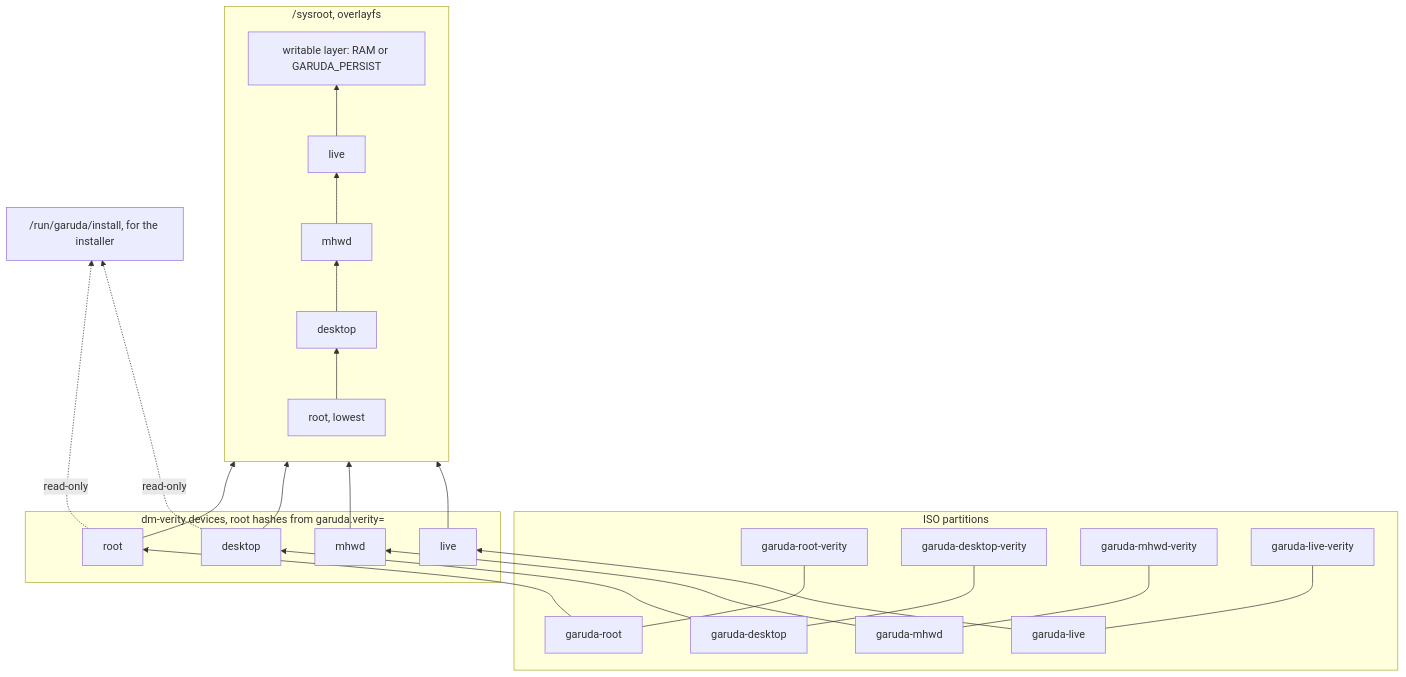
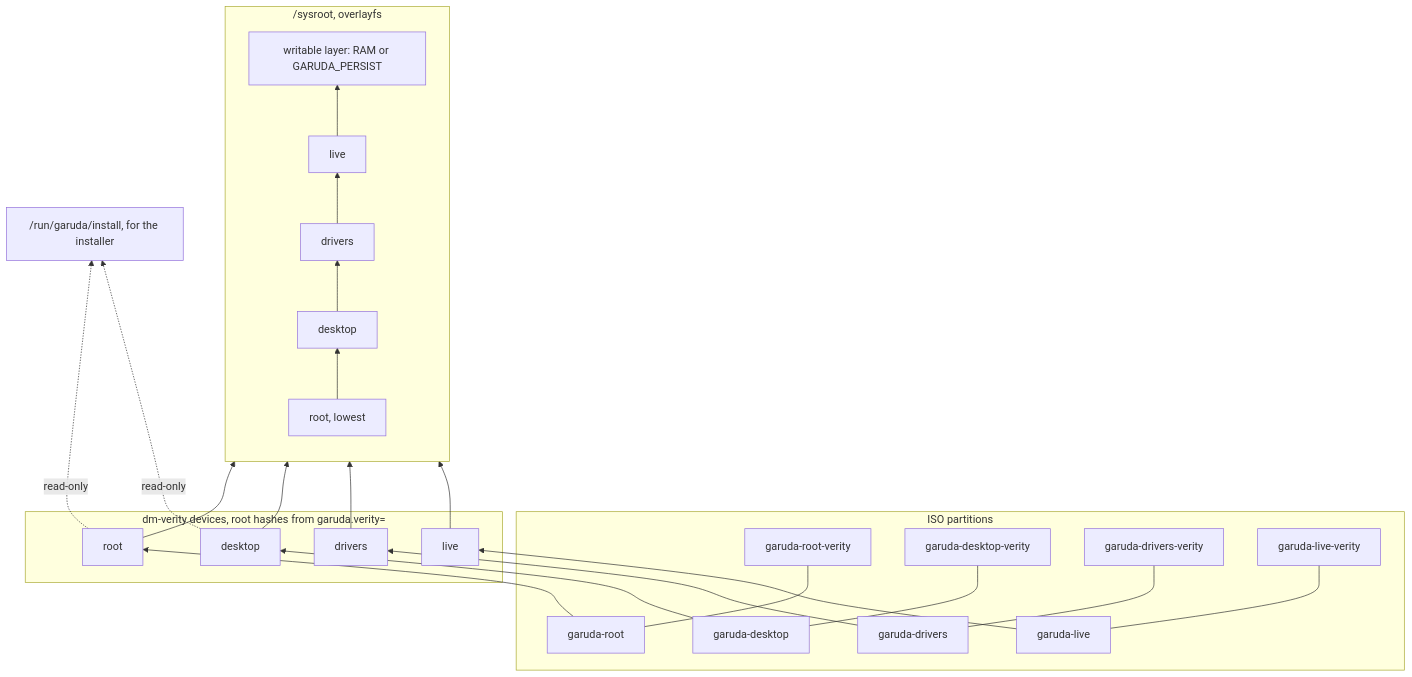
One commit to garuda-linux/image-builder changed the third of 4 diagrams in docs/architecture.md. Above: the diagram before and after it, drawn with Mermaid. The commit also changed other lines of this file and 25 other files, not shown here.

Commit message:
chore(layers): mhwd -> drivers

````diff
--- a/docs/architecture.md
+++ b/docs/architecture.md
@@ -133,29 +133,29 @@
 ```mermaid
 flowchart BT
   subgraph medium [ISO partitions]
     pr[garuda-root] --- vr[garuda-root-verity]
     pd[garuda-desktop] --- vd[garuda-desktop-verity]
-    pm[garuda-mhwd] --- vm[garuda-mhwd-verity]
+    pm[garuda-drivers] --- vm[garuda-drivers-verity]
     pl[garuda-live] --- vl[garuda-live-verity]
   end
 
   subgraph verity ["dm-verity devices, root hashes from garuda.verity="]
-    dr[root] & dd[desktop] & dm[mhwd] & dl[live]
+    dr[root] & dd[desktop] & dm[drivers] & dl[live]
   end
 
   pr --> dr
   pd --> dd
   pm --> dm
   pl --> dl
 
   subgraph sysroot ["/sysroot, overlayfs"]
     direction BT
-    lr[root, lowest] --> ld[desktop] --> lm[mhwd] --> ll[live] --> rw[writable layer: RAM or GARUDA_PERSIST]
+    lr[root, lowest] --> ld[desktop] --> lm[drivers] --> ll[live] --> rw[writable layer: RAM or GARUDA_PERSIST]
   end
 
   dr --> lr
   dd --> ld
   dm --> lm
   dl --> ll
   dr & dd -. read-only .-> inst["/run/garuda/install, for the installer"]
 ```
````
